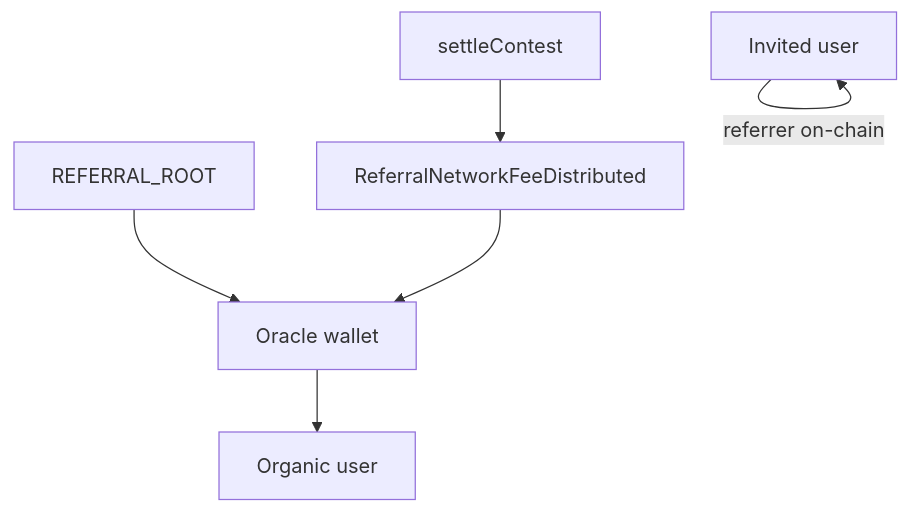
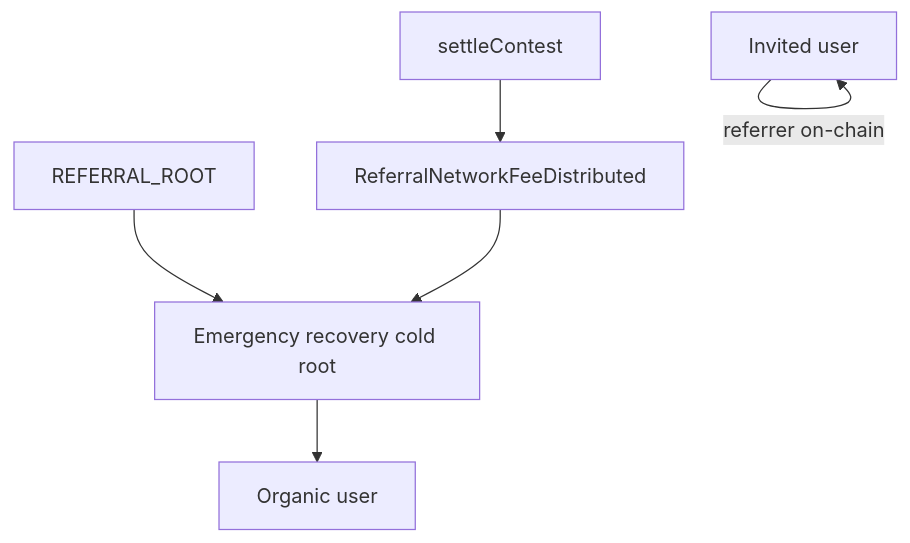
Before and after one commit to MagRelo/cut: the diagram in docs/platform/referral-network.md, drawn with Mermaid. The commit also changed other lines of this file and 56 other files, not shown here.

First line of the commit message:
Implement emergency recovery role and update related configurations

````diff
--- a/docs/platform/referral-network.md
+++ b/docs/platform/referral-network.md
@@ -23,15 +31,15 @@
 ```mermaid
 flowchart TB
   ROOT[REFERRAL_ROOT]
-  Oracle[Oracle wallet]
+  Recovery[Emergency recovery cold root]
   Organic[Organic user]
   Invited[Invited user]
   Settle[settleContest]
   Fee[ReferralNetworkFeeDistributed]
 
-  ROOT --> Oracle
-  Oracle --> Organic
+  ROOT --> Recovery
+  Recovery --> Organic
   Invited -->|"referrer on-chain"| Invited
   Settle --> Fee
-  Fee --> Oracle
+  Fee --> Recovery
 ```
````
